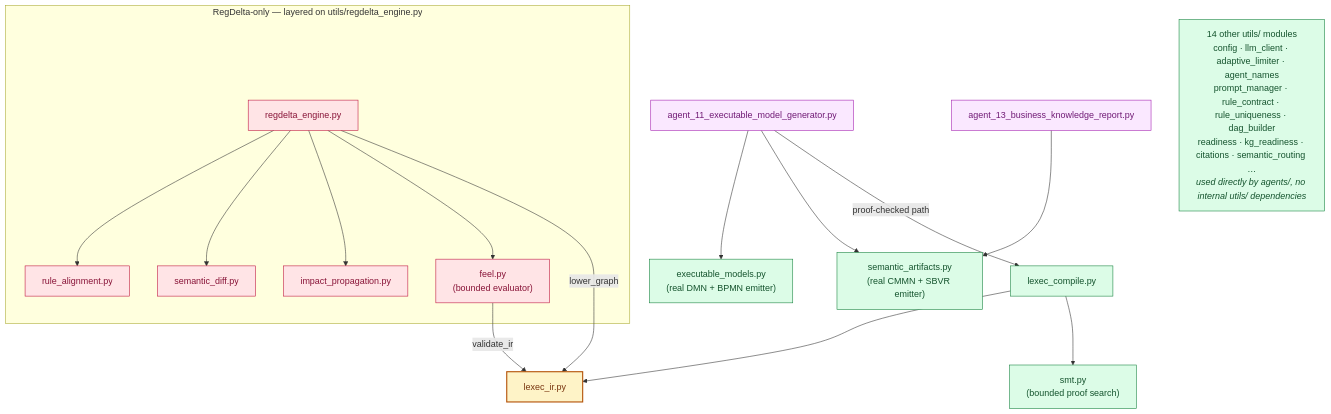
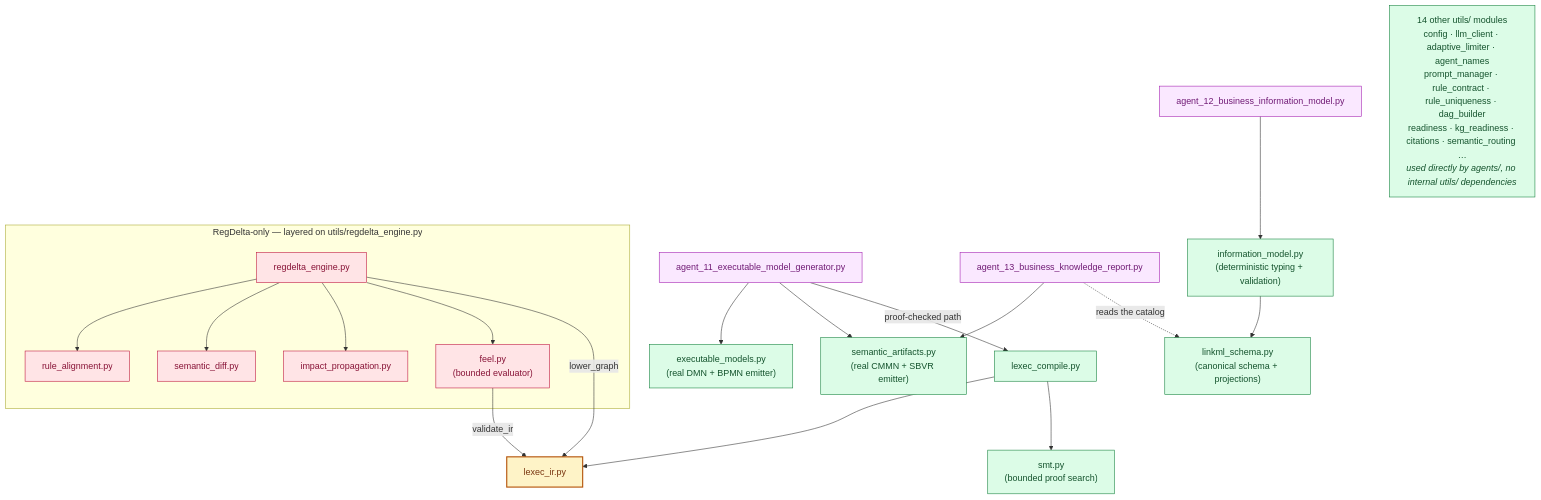
One commit to rrahimi-uci/policy-logic-forge changed the seventh of 9 diagrams in ARCHITECTURE.md. Above: the diagram before and after it, drawn with Mermaid. The commit also changed other lines of this file and 4 other files, not shown here.

First line of the commit message:
docs: refresh README, ARCHITECTURE and the Pages site; add diagrams

````diff
--- a/ARCHITECTURE.md
+++ b/ARCHITECTURE.md
@@ -726,40 +870,46 @@
 ```mermaid
 flowchart TB
     classDef pipeline fill:#fae8ff,stroke:#a21caf,color:#701a75,stroke-width:1px
     classDef core fill:#dcfce7,stroke:#15803d,color:#14532d,stroke-width:1px
     classDef hub fill:#fef3c7,stroke:#b45309,color:#78350f,stroke-width:2px
     classDef regdelta fill:#ffe4e6,stroke:#be123c,color:#881337,stroke-width:1px
 
     A11["agent_11_executable_model_generator.py"]:::pipeline
-    A12["agent_13_business_knowledge_report.py"]:::pipeline
+    A12["agent_12_business_information_model.py"]:::pipeline
+    A13["agent_13_business_knowledge_report.py"]:::pipeline
 
     EM["executable_models.py<br/>(real DMN + BPMN emitter)"]:::core
     SA["semantic_artifacts.py<br/>(real CMMN + SBVR emitter)"]:::core
     LC["lexec_compile.py"]:::core
     IR["lexec_ir.py"]:::hub
     SMT["smt.py<br/>(bounded proof search)"]:::core
+    IM["information_model.py<br/>(deterministic typing + validation)"]:::core
+    LK["linkml_schema.py<br/>(canonical schema + projections)"]:::core
 
     OTHER["14 other utils/ modules<br/>config · llm_client · adaptive_limiter · agent_names<br/>prompt_manager · rule_contract · rule_uniqueness · dag_builder<br/>readiness · kg_readiness · citations · semantic_routing …<br/><i>used directly by agents/, no internal utils/ dependencies</i>"]:::core
 
     A11 --> EM
     A11 --> SA
-    A12 --> SA
+    A13 --> SA
     A11 -->|"proof-checked path"| LC
+    A12 --> IM
+    IM --> LK
+    A13 -.->|"reads the catalog"| LK
     LC --> IR
     LC --> SMT
 
     subgraph RD["RegDelta-only — layered on utils/regdelta_engine.py"]
         RE["regdelta_engine.py"]:::regdelta
         RA["rule_alignment.py"]:::regdelta
         SD["semantic_diff.py"]:::regdelta
         IP["impact_propagation.py"]:::regdelta
         FEEL["feel.py<br/>(bounded evaluator)"]:::regdelta
     end
 
     RE --> RA
     RE --> SD
     RE --> IP
     RE --> FEEL
     RE -->|"lower_graph"| IR
     FEEL -->|"validate_ir"| IR
 ```
````
